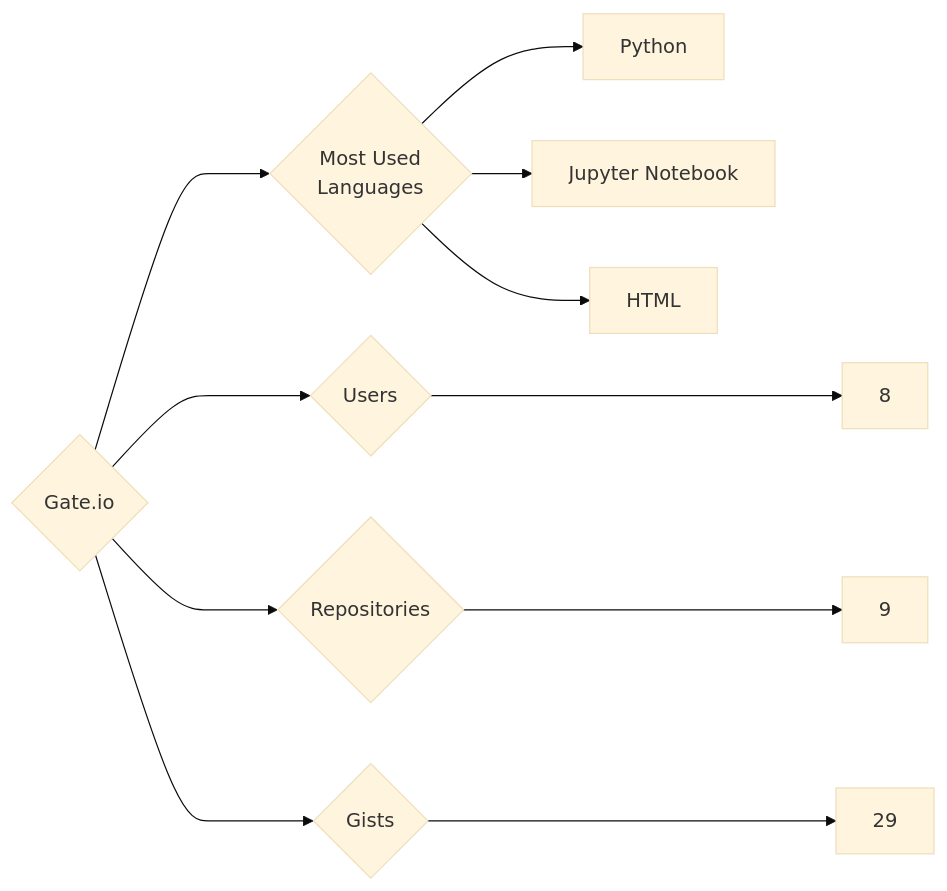
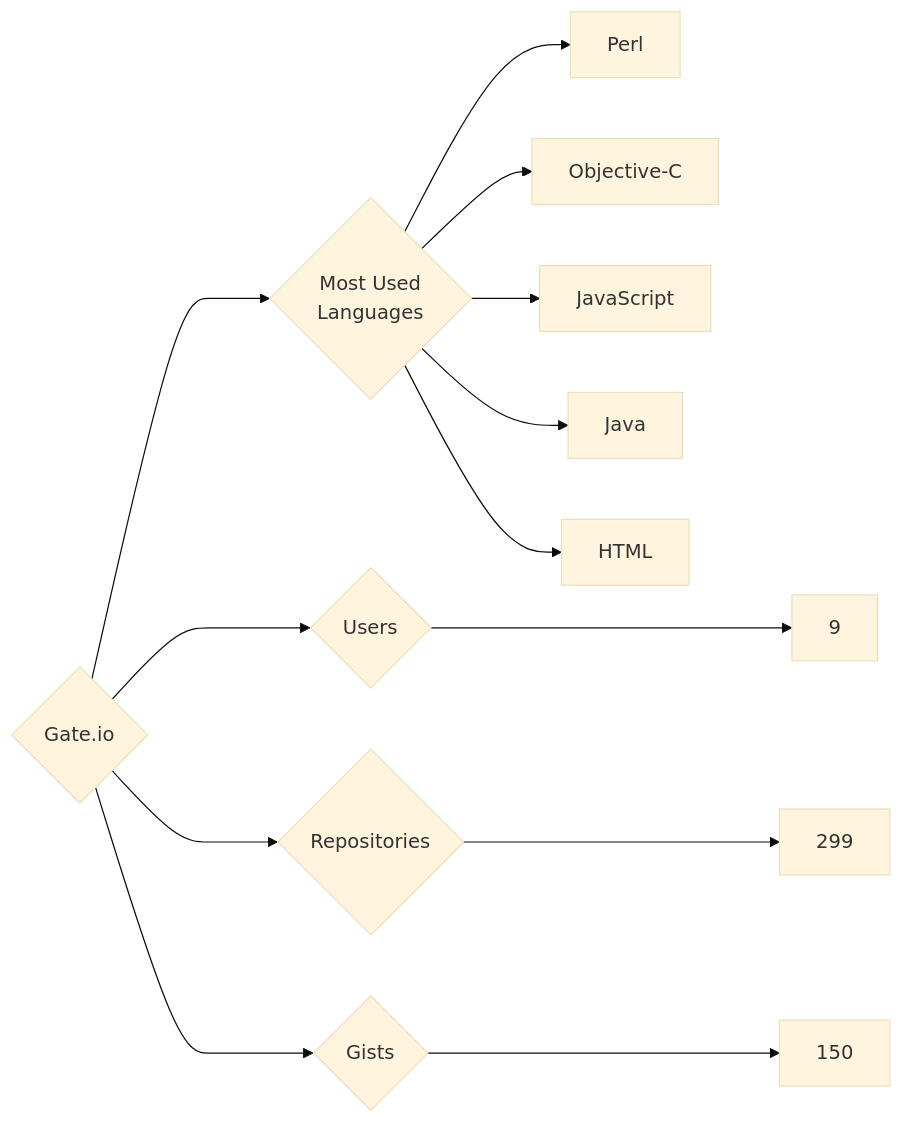
The diagram in targets/Gate.io/README.md (trickest/insiders), drawn with Mermaid (base theme) before and after one commit. The commit also changed 611 other files, not shown here.

````diff
--- a/targets/Gate.io/README.md
+++ b/targets/Gate.io/README.md
@@ -3,11 +3,13 @@
 ```mermaid
 graph LR
 COMPANY_NAME{Gate.io}
-COMPANY_NAME ---> U{Users} ---> UN[8]
-COMPANY_NAME ---> R{Repositories} ---> RN[9]
-COMPANY_NAME ---> G{Gists} ---> GN[29]
+COMPANY_NAME ---> U{Users} ---> UN[9]
+COMPANY_NAME ---> R{Repositories} ---> RN[299]
+COMPANY_NAME ---> G{Gists} ---> GN[150]
 COMPANY_NAME ---> ML{Most Used<br>Languages}
-ML --> Python[Python]
-ML --> Jupyter_Notebook[Jupyter Notebook]
+ML --> Perl[Perl]
+ML --> Objective-C[Objective-C]
+ML --> JavaScript[JavaScript]
+ML --> Java[Java]
 ML --> HTML[HTML]
 ```
````
